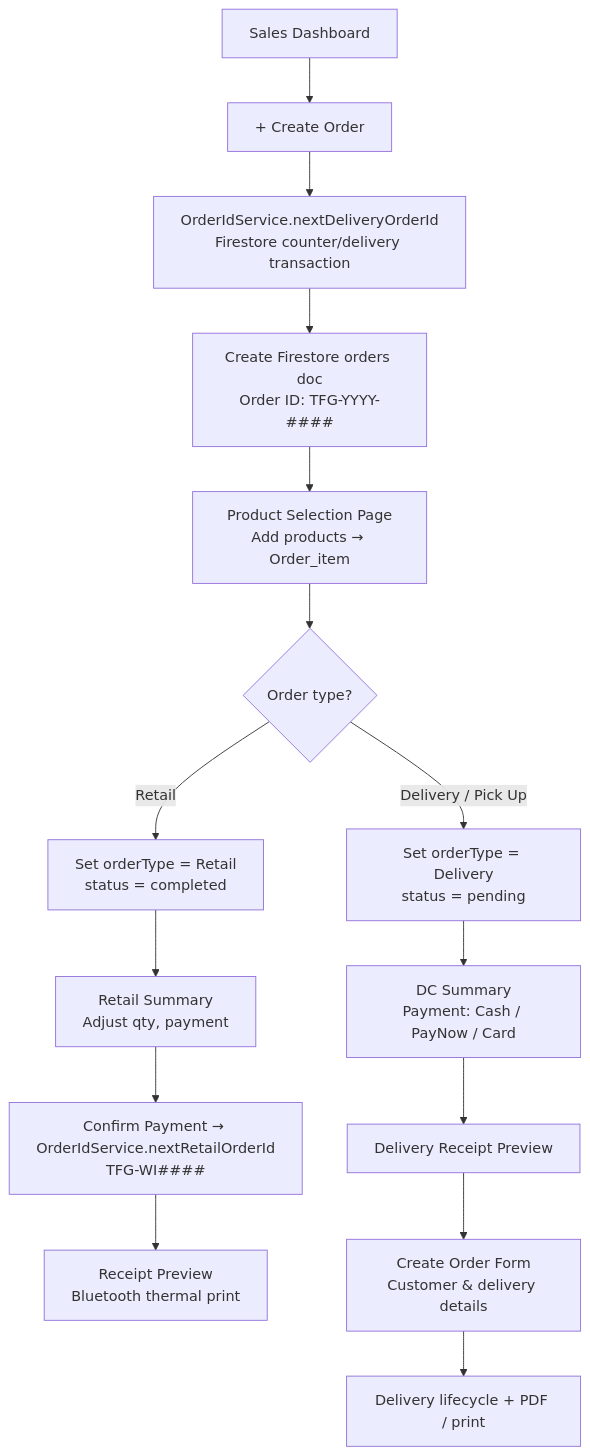
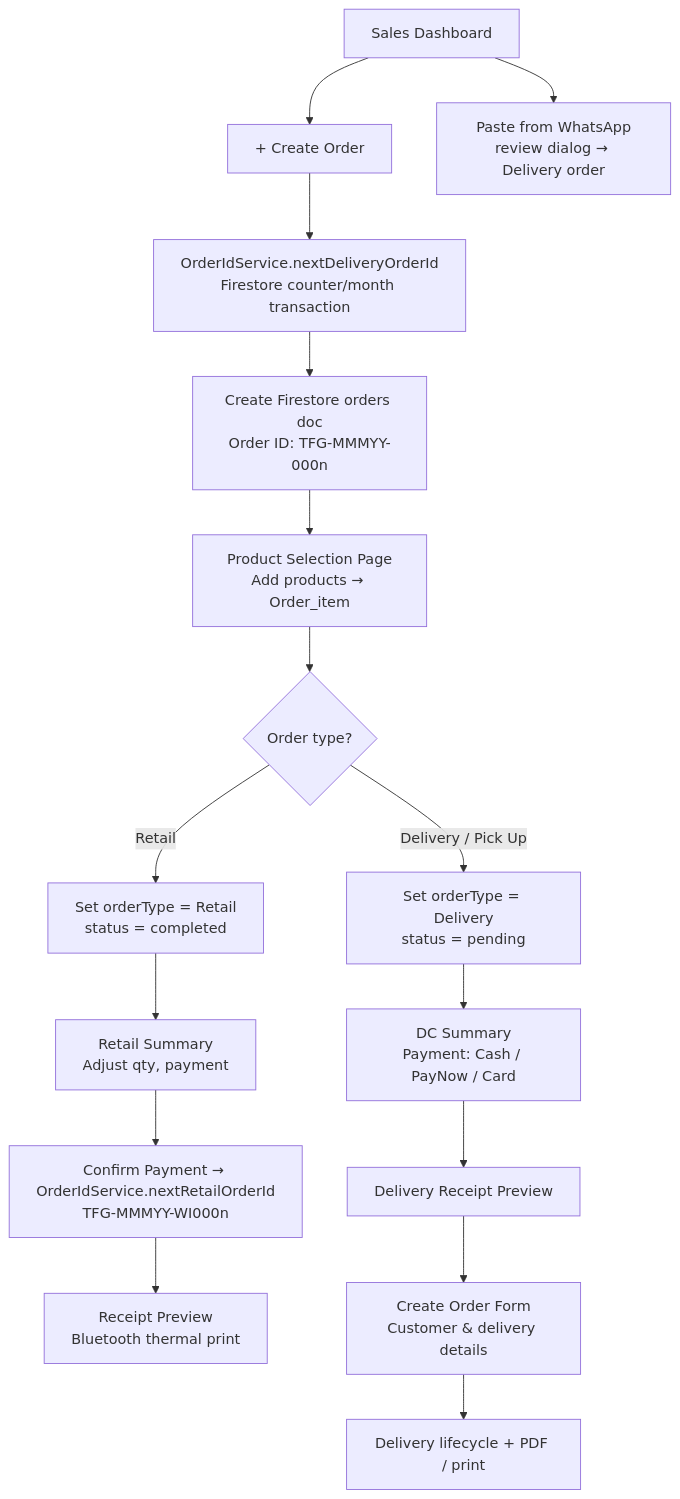
The second of 11 diagrams in docs/WORKFLOW.md (kahliantoo-rgb/tfg_vday), drawn with Mermaid before and after one commit. The commit also changed other lines of this file and 137 other files, not shown here.

First line of the commit message:
Add customers, WhatsApp import, staging flavors, and order UX for peak ops.

````diff
--- a/docs/WORKFLOW.md
+++ b/docs/WORKFLOW.md
@@ -67,19 +67,20 @@
 ```mermaid
 flowchart TD
     A[Sales Dashboard] --> B[+ Create Order]
-    B --> C[OrderIdService.nextDeliveryOrderId<br/>Firestore counter/delivery transaction]
-    C --> D[Create Firestore orders doc<br/>Order ID: TFG-YYYY-####]
+    A --> W[Paste from WhatsApp<br/>review dialog → Delivery order]
+    B --> C[OrderIdService.nextDeliveryOrderId<br/>Firestore counter/month transaction]
+    C --> D[Create Firestore orders doc<br/>Order ID: TFG-MMMYY-000n]
     D --> E[Product Selection Page<br/>Add products → Order_item]
     E --> F{Order type?}
 
     F -->|Retail| G[Set orderType = Retail<br/>status = completed]
     G --> H[Retail Summary<br/>Adjust qty, payment]
-    H --> I[Confirm Payment → OrderIdService.nextRetailOrderId<br/>TFG-WI####]
+    H --> I[Confirm Payment → OrderIdService.nextRetailOrderId<br/>TFG-MMMYY-WI000n]
     I --> J[Receipt Preview<br/>Bluetooth thermal print]
 
     F -->|Delivery / Pick Up| K[Set orderType = Delivery<br/>status = pending]
     K --> L[DC Summary<br/>Payment: Cash / PayNow / Card]
     L --> M[Delivery Receipt Preview]
     M --> N[Create Order Form<br/>Customer & delivery details]
     N --> O[Delivery lifecycle + PDF / print]
 ```
````
